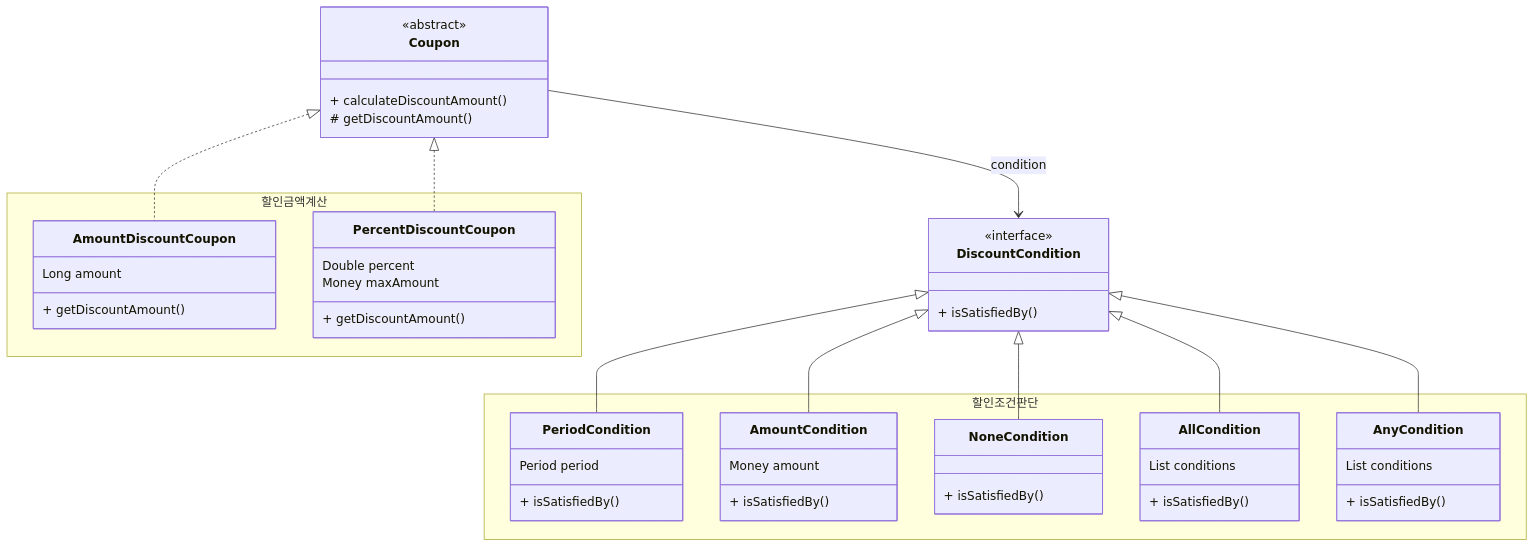
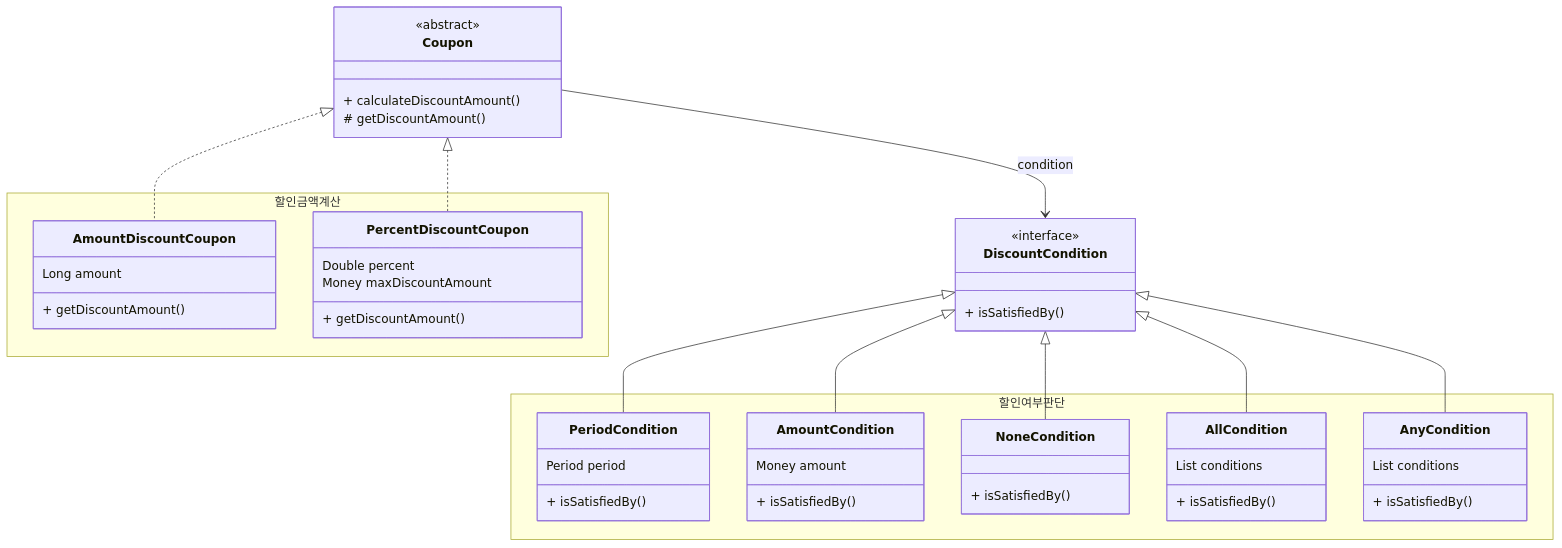
The first of 2 diagrams in docs/Object-Oriented-Design.md (simhw/ecommerce-project), drawn with Mermaid before and after one commit. The commit also changed other lines of this file, not shown here.

````diff
--- a/docs/Object-Oriented-Design.md
+++ b/docs/Object-Oriented-Design.md
@@ -11,69 +12,68 @@
 ```mermaid
 ---
 config:
     theme: 
 ---
 
 classDiagram
     direction TB
     namespace 할인금액계산 {
         class AmountDiscountCoupon {
             Long amount
             + getDiscountAmount()
         }
 
         class PercentDiscountCoupon {
             Double percent
-            Money maxAmount
+            Money maxDiscountAmount
             + getDiscountAmount()
         }
     }
 
-    namespace 할인조건판단 {
+    namespace 할인여부판단 {
         class PeriodCondition {
             Period period
             + isSatisfiedBy()
         }
 
         class AmountCondition {
             Money amount
             + isSatisfiedBy()
         }
 
         class NoneCondition {
             + isSatisfiedBy()
         }
 
         class AllCondition {
             List conditions
             + isSatisfiedBy()
         }
 
         class AnyCondition {
             List conditions
             + isSatisfiedBy()
         }
     }
 
     class DiscountCondition {
         + isSatisfiedBy()
     }
 
     class Coupon {
         + calculateDiscountAmount()
         # getDiscountAmount()
     }
 
     <<interface>> DiscountCondition
     <<abstract>> Coupon
     Coupon <|.. PercentDiscountCoupon
     Coupon <|.. AmountDiscountCoupon
     Coupon --> DiscountCondition: condition
     DiscountCondition <|-- PeriodCondition
     DiscountCondition <|-- AmountCondition
     DiscountCondition <|-- NoneCondition
     DiscountCondition <|-- AllCondition
     DiscountCondition <|-- AnyCondition
 
-
 ```
````
